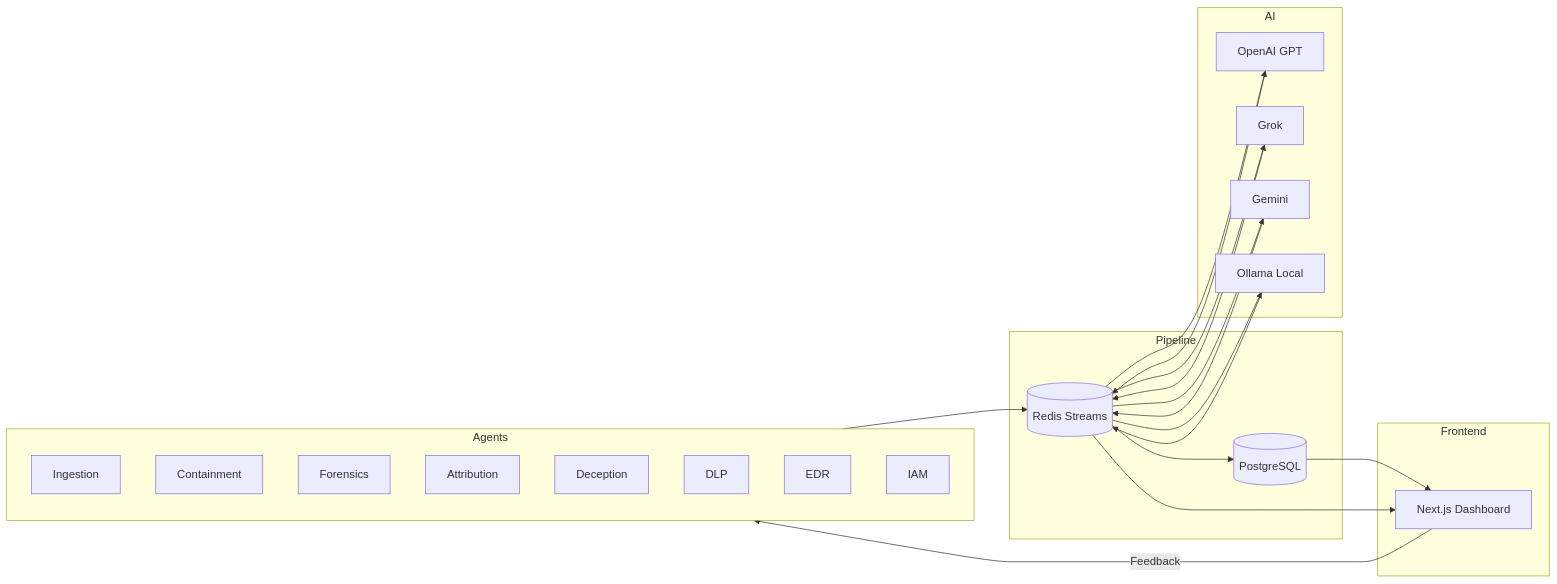
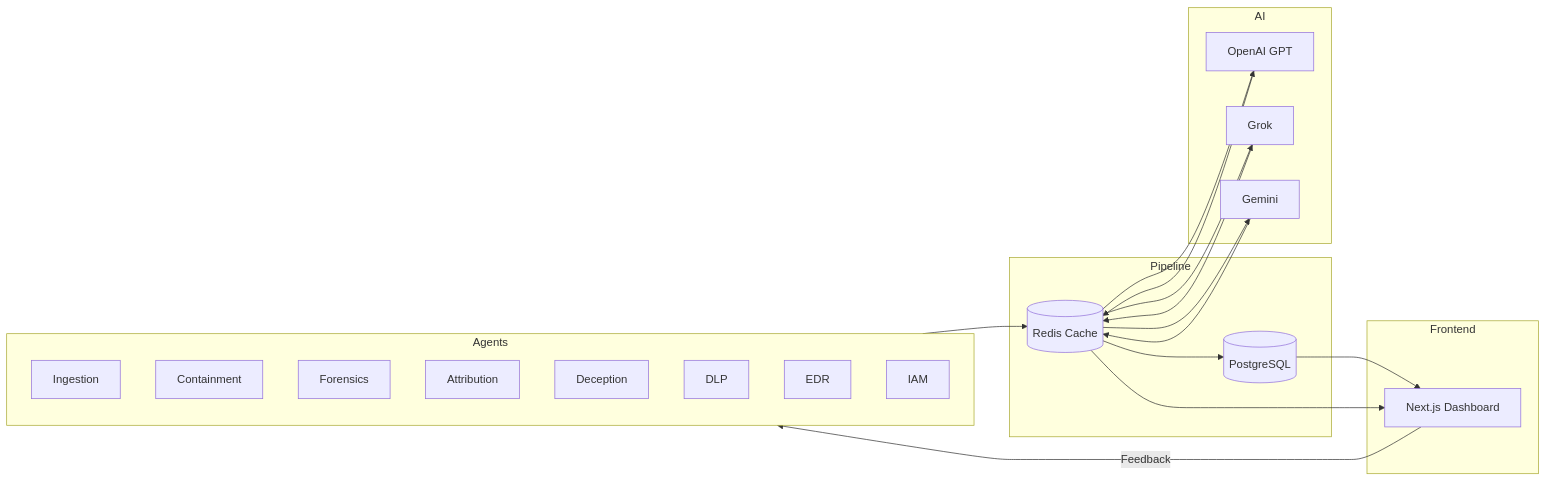
Before and after one commit to chasemad/mini-xdr-v5: the diagram in docs/diagrams/mini-xdr-architecture.mmd, drawn with Mermaid. The commit also changed 1 other file, not shown here.

Commit message:
Docs: Accurate README - remove Ollama, correct Redis usage

````diff
--- a/docs/diagrams/mini-xdr-architecture.mmd
+++ b/docs/diagrams/mini-xdr-architecture.mmd
@@ -1,45 +1,42 @@
 ```mermaid
 flowchart LR
     subgraph Agents
         A1[Ingestion]
         A2[Containment]
         A3[Forensics]
         A4[Attribution]
         A5[Deception]
         A6[DLP]
         A7[EDR]
         A8[IAM]
     end
 
     subgraph Pipeline
-        R[(Redis Streams)]
+        R[(Redis Cache)]
         DB[(PostgreSQL)]
     end
 
     subgraph AI
         O1[OpenAI GPT]
         G2[Grok]
         Ge3[Gemini]
-        L4[Ollama Local]
     end
 
     subgraph Frontend
         UI[Next.js Dashboard]
     end
 
     Agents --> R
     R --> DB
     DB --> UI
     R --> UI
 
     R --> O1
     R --> G2
     R --> Ge3
-    R --> L4
     O1 --> R
     G2 --> R
     Ge3 --> R
-    L4 --> R
 
     UI -->|Feedback| Agents
 ```
````
